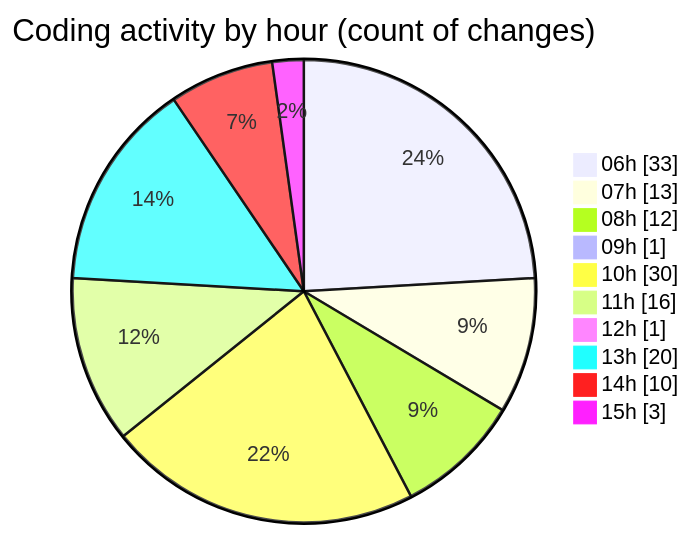
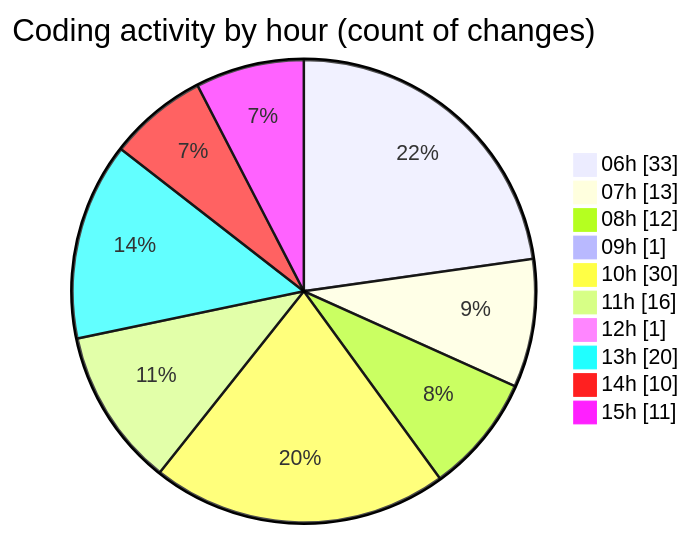
The second of 2 diagrams in 2025-02-21/micros/README.md (charlie-sans/code-tracking), drawn with Mermaid before and after one commit. The commit also changed other lines of this file and 1 other file, not shown here.

````diff
--- a/2025-02-21/micros/README.md
+++ b/2025-02-21/micros/README.md
@@ -92,14 +92,14 @@
 ```mermaid
 pie showData
 title Coding activity by hour (count of changes)
 "06h" : 33
 "07h" : 13
 "08h" : 12
 "09h" : 1
 "10h" : 30
 "11h" : 16
 "12h" : 1
 "13h" : 20
 "14h" : 10
-"15h" : 3
+"15h" : 11
 ```
````
